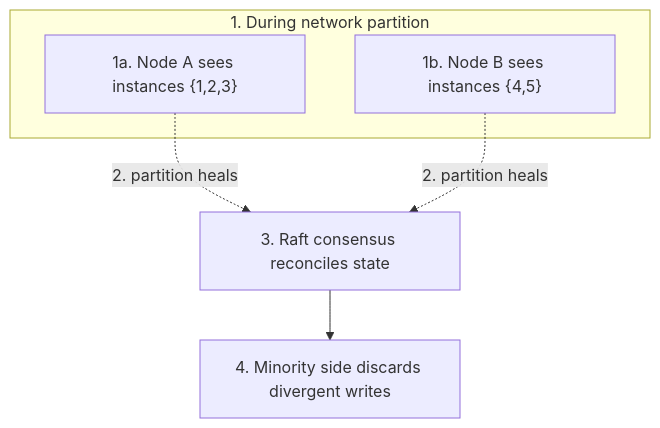
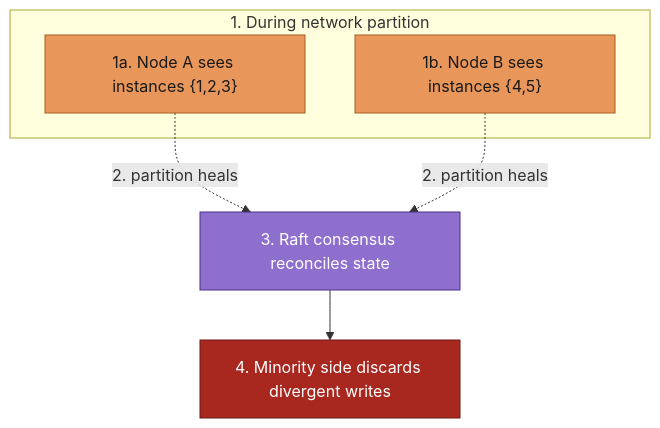
The tenth of 10 diagrams in lib/src/main/java/org/pk/practices/design/servicediscovery/DESIGN.md (Pratyush576/CodingPractice), drawn with Mermaid before and after one commit. The commit also changed other lines of this file and 5 other files, not shown here.

Commit message:
Enhanced the diagrams

````diff
--- a/lib/src/main/java/org/pk/practices/design/servicediscovery/DESIGN.md
+++ b/lib/src/main/java/org/pk/practices/design/servicediscovery/DESIGN.md
@@ -613,10 +675,17 @@
 ```mermaid
 flowchart TB
     subgraph Partition["1. During network partition"]
         NodeA["1a. Node A sees instances {1,2,3}"]
         NodeB["1b. Node B sees instances {4,5}"]
     end
     NodeA -. "2. partition heals" .-> Reconcile["3. Raft consensus reconciles state"]
     NodeB -. "2. partition heals" .-> Reconcile
     Reconcile --> Discard["4. Minority side discards divergent writes"]
+
+    classDef partitioned fill:#e8965a,stroke:#a85c1f,color:#1a1a1a
+    classDef consensus fill:#8e6fce,stroke:#4d2e8a,color:#ffffff
+    classDef outcome fill:#a8271f,stroke:#6b1a14,color:#ffffff
+    class NodeA,NodeB partitioned
+    class Reconcile consensus
+    class Discard outcome
 ```
````
